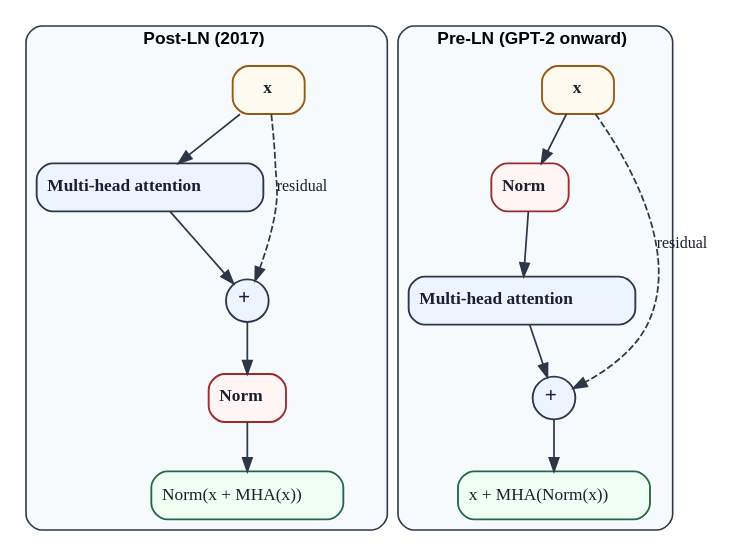
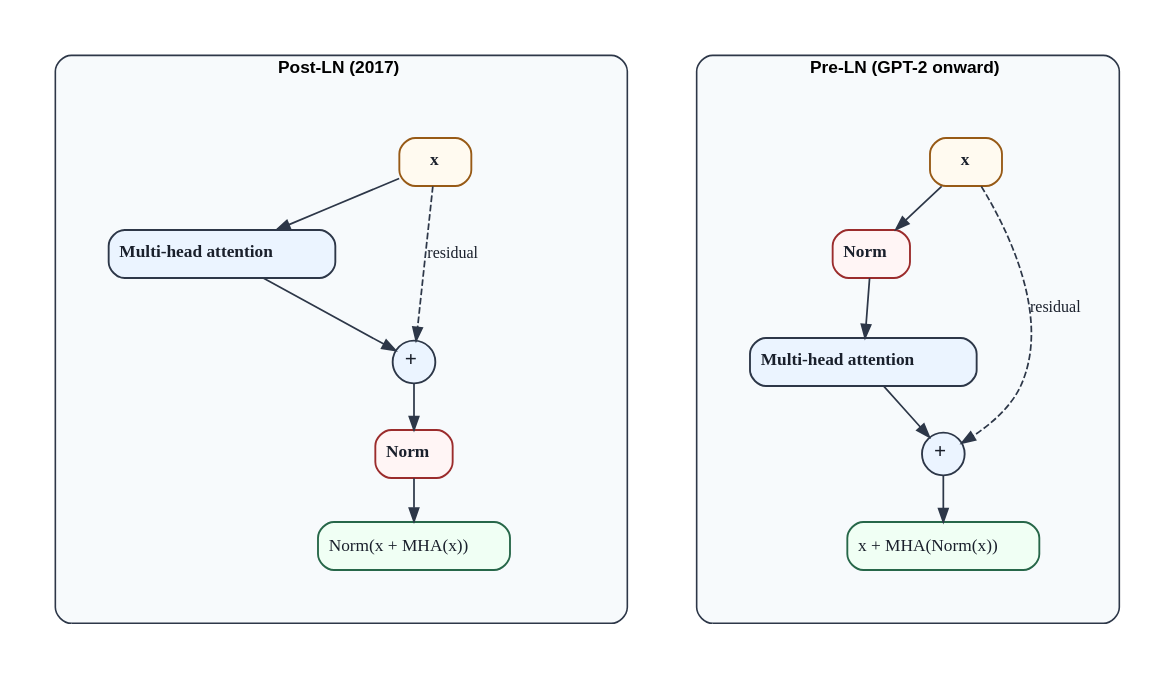
Before and after one commit to Beaker12/llmatlas: the diagram in chapters/01-foundations/figures/transformer_block_norms.dot, drawn with Graphviz. The commit also changed 6 other files, not shown here.

Commit message:
Chapter 1: prose for tokenization basics, embedding analysis listing, pinned sources, block figure spacing, bibliography capitals

```diff
--- a/chapters/01-foundations/figures/transformer_block_norms.dot
+++ b/chapters/01-foundations/figures/transformer_block_norms.dot
@@ -1,30 +1,34 @@
 digraph TransformerBlockNorms {
-    graph [fontname="Arial" fontsize=13 bgcolor=white];
+    graph [fontname="Arial" fontsize=13 bgcolor=white newrank=true nodesep=0.9 ranksep=0.45];
 
+    subgraph cluster_outer_post { style=invis; margin=22;
     subgraph cluster_post {
-        label=<<b>Post-LN (2017)</b>>; fontsize=13; style="rounded,filled"; fillcolor="#f7fafc"; color="#2d3748"; penwidth=1.2;
+        label=<<b>Post-LN (2017)</b>>; fontsize=13; style="rounded,filled"; fillcolor="#f7fafc"; color="#2d3748"; penwidth=1.2; margin=40;
         a0 [label=<<b>x</b>> shape=box style="rounded,filled" fillcolor="#fffaf0" color="#975a16" penwidth=1.4 fontsize=13 fontcolor="#1a202c"];
         a1 [label=<<b>Multi-head attention</b>> shape=box style="rounded,filled" fillcolor="#ebf4ff" color="#2d3748" penwidth=1.4 fontsize=13 fontcolor="#1a202c"];
         a2 [label=<<b>+</b>> shape=circle style="filled" fillcolor="#ebf4ff" color="#2d3748" penwidth=1.4 fontsize=13 fontcolor="#1a202c" width=0.45 fixedsize=true fontsize=16];
         a3 [label=<<b>Norm</b>> shape=box style="rounded,filled" fillcolor="#fff5f5" color="#9b2c2c" penwidth=1.4 fontsize=13 fontcolor="#1a202c"];
         a4 [label=<Norm(x + MHA(x))> shape=box style="rounded,filled" fillcolor="#f0fff4" color="#276749" penwidth=1.4 fontsize=13 fontcolor="#1a202c"];
         a0 -> a1 [color="#2d3748" penwidth=1.3 fontsize=12 fontcolor="#1a202c"];
         a1 -> a2 [color="#2d3748" penwidth=1.3 fontsize=12 fontcolor="#1a202c"];
         a2 -> a3 [color="#2d3748" penwidth=1.3 fontsize=12 fontcolor="#1a202c"];
         a3 -> a4 [color="#2d3748" penwidth=1.3 fontsize=12 fontcolor="#1a202c"];
         a0 -> a2 [color="#2d3748" penwidth=1.3 fontsize=12 fontcolor="#1a202c" label=<residual> style=dashed];
     }
+    }
+    subgraph cluster_outer_pre { style=invis; margin=22;
     subgraph cluster_pre {
-        label=<<b>Pre-LN (GPT-2 onward)</b>>; fontsize=13; style="rounded,filled"; fillcolor="#f7fafc"; color="#2d3748"; penwidth=1.2;
+        label=<<b>Pre-LN (GPT-2 onward)</b>>; fontsize=13; style="rounded,filled"; fillcolor="#f7fafc"; color="#2d3748"; penwidth=1.2; margin=40;
         b0 [label=<<b>x</b>> shape=box style="rounded,filled" fillcolor="#fffaf0" color="#975a16" penwidth=1.4 fontsize=13 fontcolor="#1a202c"];
         b1 [label=<<b>Norm</b>> shape=box style="rounded,filled" fillcolor="#fff5f5" color="#9b2c2c" penwidth=1.4 fontsize=13 fontcolor="#1a202c"];
         b2 [label=<<b>Multi-head attention</b>> shape=box style="rounded,filled" fillcolor="#ebf4ff" color="#2d3748" penwidth=1.4 fontsize=13 fontcolor="#1a202c"];
         b3 [label=<<b>+</b>> shape=circle style="filled" fillcolor="#ebf4ff" color="#2d3748" penwidth=1.4 fontsize=13 fontcolor="#1a202c" width=0.45 fixedsize=true fontsize=16];
         b4 [label=<x + MHA(Norm(x))> shape=box style="rounded,filled" fillcolor="#f0fff4" color="#276749" penwidth=1.4 fontsize=13 fontcolor="#1a202c"];
         b0 -> b1 [color="#2d3748" penwidth=1.3 fontsize=12 fontcolor="#1a202c"];
         b1 -> b2 [color="#2d3748" penwidth=1.3 fontsize=12 fontcolor="#1a202c"];
         b2 -> b3 [color="#2d3748" penwidth=1.3 fontsize=12 fontcolor="#1a202c"];
         b3 -> b4 [color="#2d3748" penwidth=1.3 fontsize=12 fontcolor="#1a202c"];
         b0 -> b3 [color="#2d3748" penwidth=1.3 fontsize=12 fontcolor="#1a202c" label=<residual> style=dashed];
     }
+    }
 }
```
